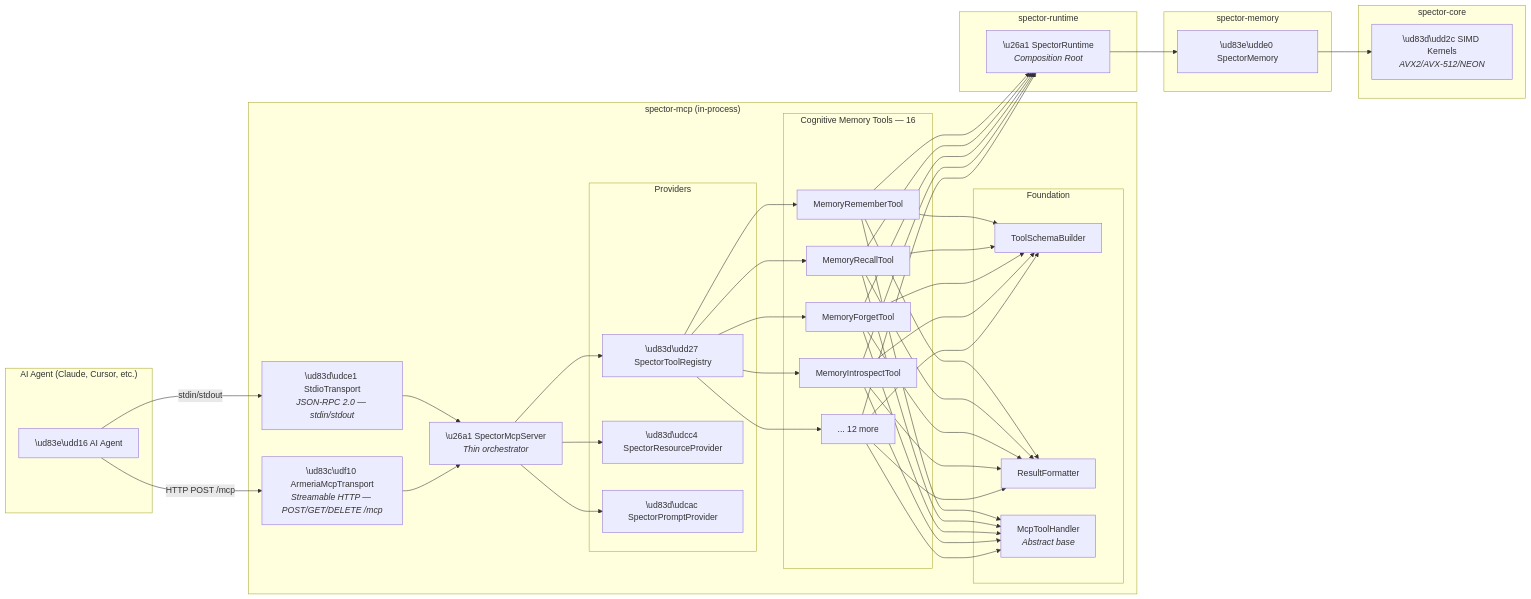
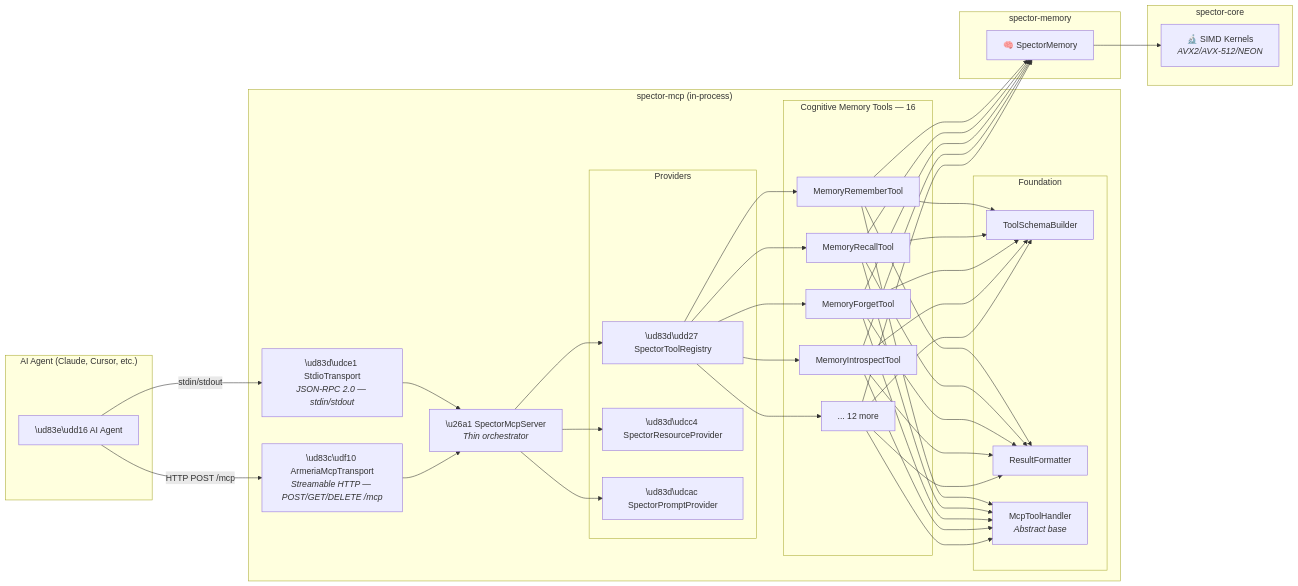
Before and after one commit to spectrayan/spector: the first of 4 diagrams in docs/docs/architecture/mcp-integration.md, drawn with Mermaid. The commit also changed other lines of this file and 125 other files, not shown here.

````diff
--- a/docs/docs/architecture/mcp-integration.md
+++ b/docs/docs/architecture/mcp-integration.md
@@ -27,57 +27,52 @@
 ```mermaid
 graph LR
     subgraph "AI Agent (Claude, Cursor, etc.)"
         Agent["\ud83e\udd16 AI Agent"]
     end
 
     subgraph "spector-mcp (in-process)"
         StdioTransport["\ud83d\udce1 StdioTransport<br/><i>JSON-RPC 2.0 — stdin/stdout</i>"]
         HttpTransport["\ud83c\udf10 ArmeriaMcpTransport<br/><i>Streamable HTTP — POST/GET/DELETE /mcp</i>"]
         Server["\u26a1 SpectorMcpServer<br/><i>Thin orchestrator</i>"]
         
         subgraph Providers
             TR["\ud83d\udd27 SpectorToolRegistry"]
             RP["\ud83d\udcc4 SpectorResourceProvider"]
             PP["\ud83d\udcac SpectorPromptProvider"]
         end
 
         subgraph "Cognitive Memory Tools — 16"
             M1["MemoryRememberTool"]
             M2["MemoryRecallTool"]
             M3["MemoryForgetTool"]
             M4["MemoryIntrospectTool"]
             M5["... 12 more"]
         end
 
         subgraph Foundation
             SB["ToolSchemaBuilder"]
             RF["ResultFormatter"]
             TH["McpToolHandler<br/><i>Abstract base</i>"]
         end
     end
 
-    subgraph "spector-runtime"
-        Runtime["\u26a1 SpectorRuntime<br/><i>Composition Root</i>"]
-    end
-
     subgraph "spector-memory"
-        Memory["\ud83e\udde0 SpectorMemory"]
+        Memory["🧠 SpectorMemory"]
     end
 
     subgraph "spector-core"
-        SIMD["\ud83d\udd2c SIMD Kernels<br/><i>AVX2/AVX-512/NEON</i>"]
+        SIMD["🔬 SIMD Kernels<br/><i>AVX2/AVX-512/NEON</i>"]
     end
 
     Agent -- "stdin/stdout" --> StdioTransport
     Agent -- "HTTP POST /mcp" --> HttpTransport
     StdioTransport --> Server
     HttpTransport --> Server
     Server --> TR & RP & PP
     TR --> M1 & M2 & M3 & M4 & M5
     M1 & M2 & M3 & M4 & M5 --> TH
     M1 & M2 & M3 & M4 & M5 --> SB
     M1 & M2 & M3 & M4 & M5 --> RF
-    M1 & M2 & M3 & M4 & M5 --> Runtime
-    Runtime --> Memory
+    M1 & M2 & M3 & M4 & M5 --> Memory
     Memory --> SIMD
 ```
````
